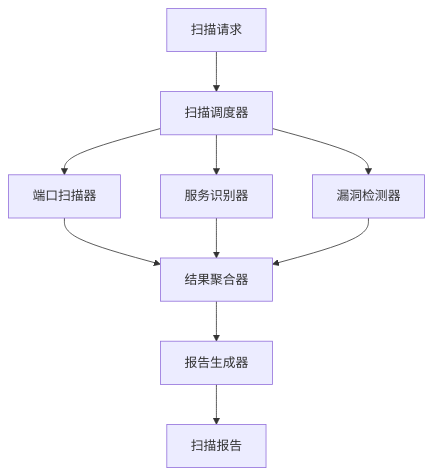
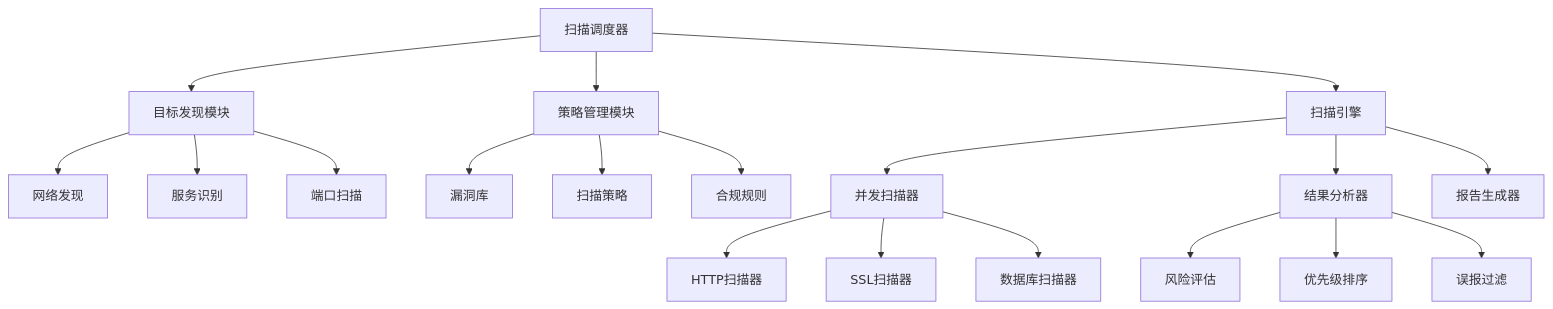
One commit to AdaMartin18010/common changed the diagram in docs/refactor/05-Industry-Domains/08-Cybersecurity/01-Security-Scanning-Tools/README.md. Above: the diagram before and after it, drawn with Mermaid. The commit also changed other lines of this file and 1 other file, not shown here.

````diff
--- a/docs/refactor/05-Industry-Domains/08-Cybersecurity/01-Security-Scanning-Tools/README.md
+++ b/docs/refactor/05-Industry-Domains/08-Cybersecurity/01-Security-Scanning-Tools/README.md
@@ -62,12 +90,26 @@
 ```mermaid
 graph TB
-    A[扫描请求] --> B[扫描调度器]
-    B --> C[端口扫描器]
-    B --> D[服务识别器]
-    B --> E[漏洞检测器]
-    C --> F[结果聚合器]
-    D --> F
-    E --> F
-    F --> G[报告生成器]
-    G --> H[扫描报告]
+    A[扫描调度器] --> B[目标发现模块]
+    A --> C[策略管理模块]
+    A --> D[扫描引擎]
+    
+    B --> E[网络发现]
+    B --> F[服务识别]
+    B --> G[端口扫描]
+    
+    C --> H[漏洞库]
+    C --> I[扫描策略]
+    C --> J[合规规则]
+    
+    D --> K[并发扫描器]
+    D --> L[结果分析器]
+    D --> M[报告生成器]
+    
+    K --> N[HTTP扫描器]
+    K --> O[SSL扫描器]
+    K --> P[数据库扫描器]
+    
+    L --> Q[风险评估]
+    L --> R[优先级排序]
+    L --> S[误报过滤]
 ```
````
